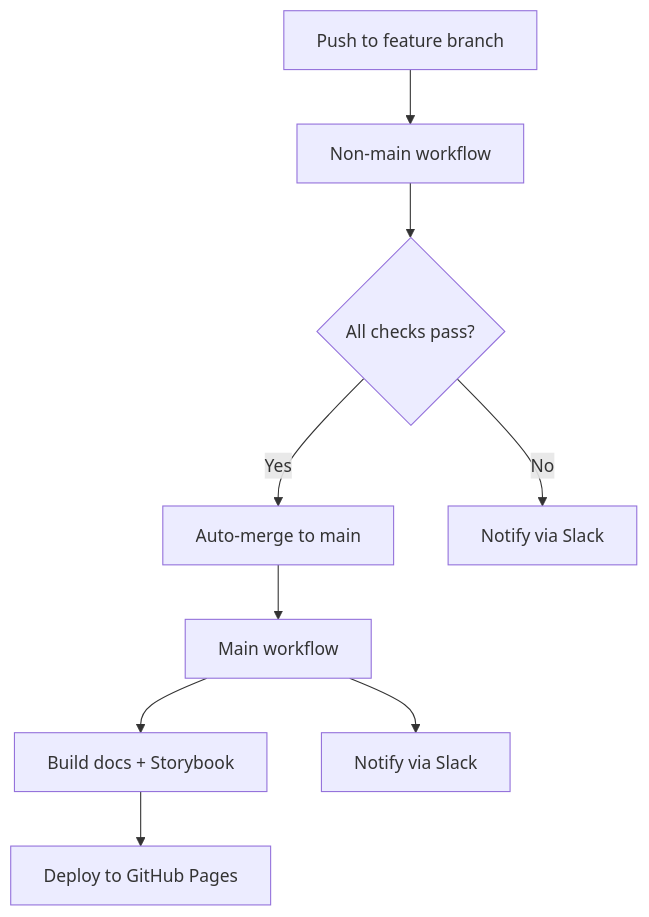
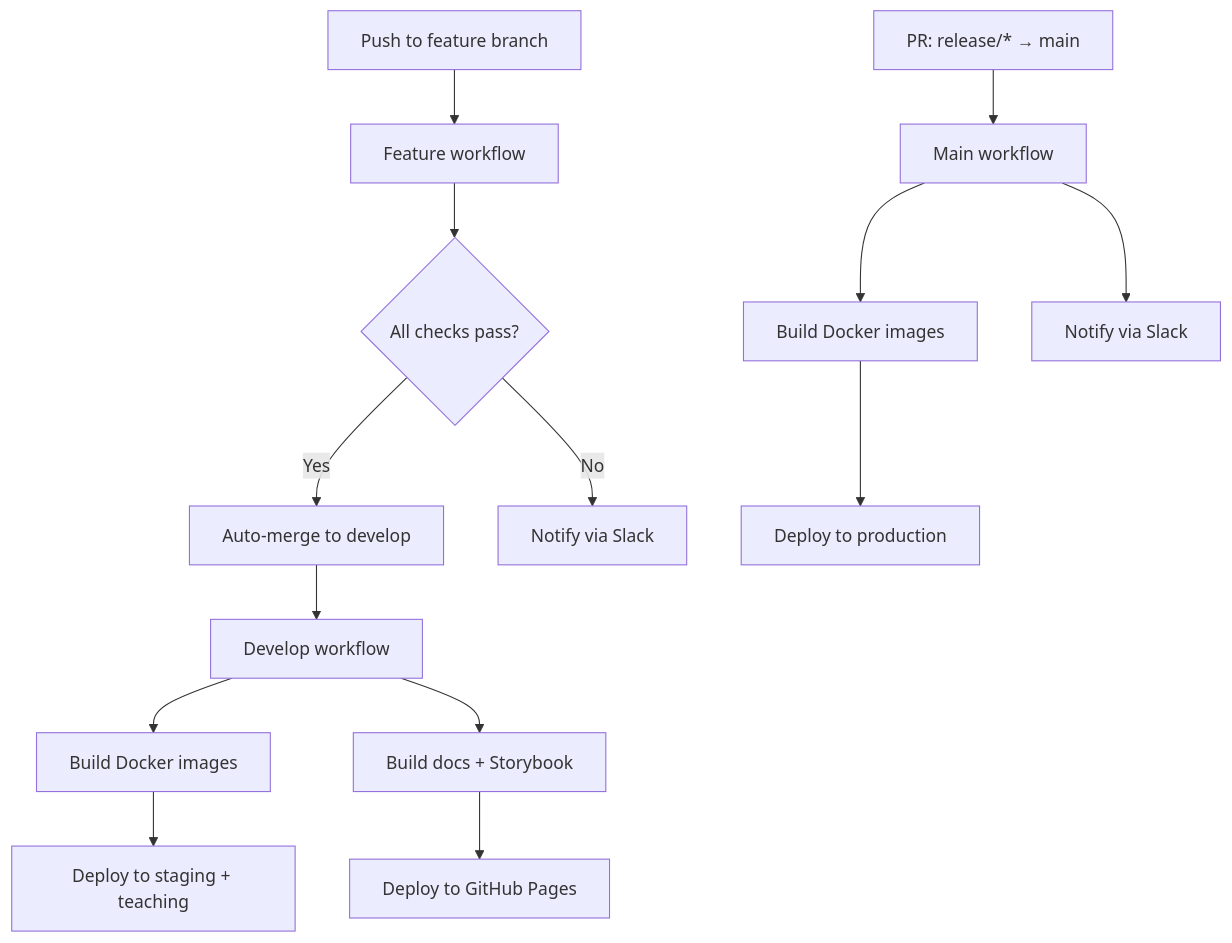
Before and after one commit to bailey-medics/quillmedical: the second of 3 diagrams in docs/docs/cicd/index.md, drawn with Mermaid. The commit also changed other lines of this file, not shown here.

Commit message:
Update CI/CD docs to GitFlow branching strategy

````diff
--- a/docs/docs/cicd/index.md
+++ b/docs/docs/cicd/index.md
@@ -9,11 +24,16 @@
 ```mermaid
 graph TD
-    A[Push to feature branch] --> B[Non-main workflow]
+    A[Push to feature branch] --> B[Feature workflow]
     B --> C{All checks pass?}
-    C -->|Yes| D[Auto-merge to main]
+    C -->|Yes| D[Auto-merge to develop]
     C -->|No| E[Notify via Slack]
-    D --> F[Main workflow]
-    F --> G[Build docs + Storybook]
-    G --> H[Deploy to GitHub Pages]
-    F --> I[Notify via Slack]
+    D --> F[Develop workflow]
+    F --> G[Build Docker images]
+    G --> H[Deploy to staging + teaching]
+    F --> I[Build docs + Storybook]
+    I --> J[Deploy to GitHub Pages]
+    K[PR: release/* → main] --> L[Main workflow]
+    L --> M[Build Docker images]
+    M --> N[Deploy to production]
+    L --> O[Notify via Slack]
 ```
````
